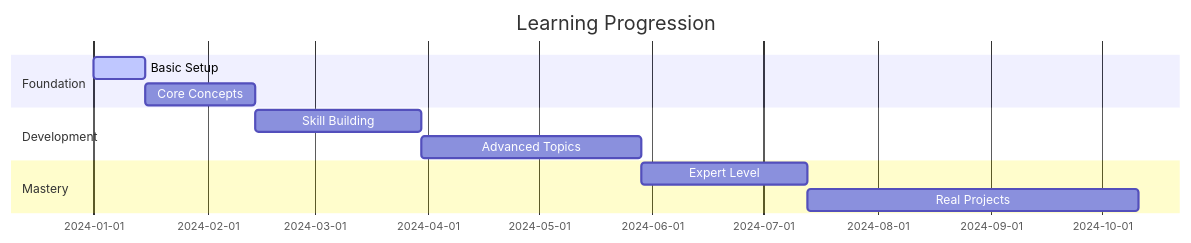
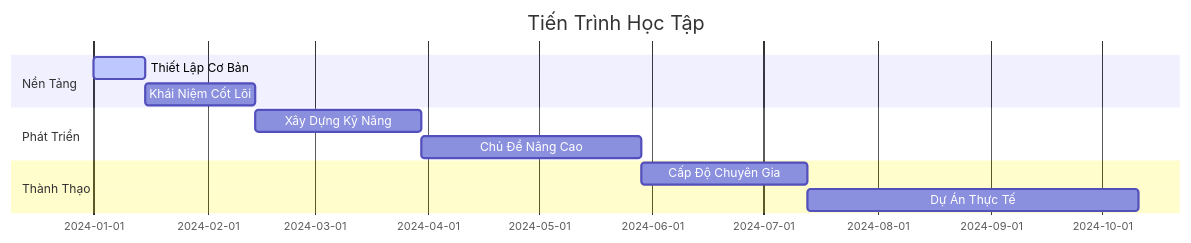
Before and after one commit to zukahai/ai-teaching-temp-vn: the second of 2 diagrams in docs/introduction/intro.md, drawn with Mermaid. The commit also changed other lines of this file and 7 other files, not shown here.

````diff
--- a/docs/introduction/intro.md
+++ b/docs/introduction/intro.md
@@ -51,14 +51,14 @@
 ```mermaid
 gantt
-    title Learning Progression
+    title Tiến Trình Học Tập
     dateFormat  YYYY-MM-DD
-    section Foundation
-    Basic Setup        :active, setup, 2024-01-01, 14d
-    Core Concepts      :core, after setup, 30d
-    section Development
-    Skill Building     :skill, after core, 45d
-    Advanced Topics    :adv, after skill, 60d
-    section Mastery
-    Expert Level       :expert, after adv, 45d
-    Real Projects      :project, after expert, 90d
+    section Nền Tảng
+    Thiết Lập Cơ Bản     :active, setup, 2024-01-01, 14d
+    Khái Niệm Cốt Lõi    :core, after setup, 30d
+    section Phát Triển
+    Xây Dựng Kỹ Năng    :skill, after core, 45d
+    Chủ Đề Nâng Cao     :adv, after skill, 60d
+    section Thành Thạo
+    Cấp Độ Chuyên Gia   :expert, after adv, 45d
+    Dự Án Thực Tế       :project, after expert, 90d
 ```
````
